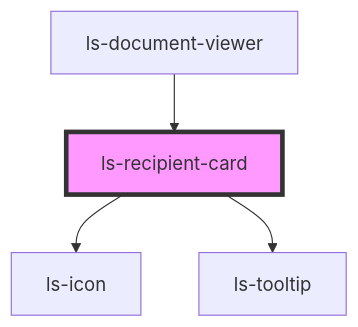
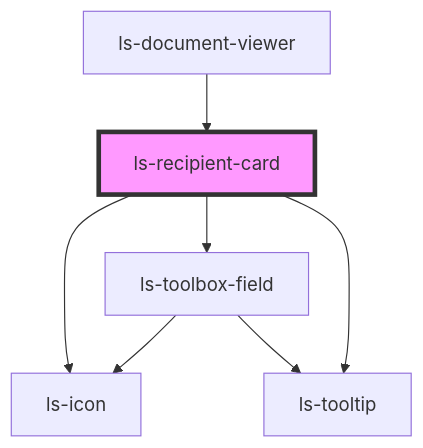
One commit to legalesign/ls-document-viewer changed the diagram in src/components/ls-recipient-card/readme.md. Above: the diagram before and after it, drawn with Mermaid. The commit also changed other lines of this file and 11 other files, not shown here.

````diff
--- a/src/components/ls-recipient-card/readme.md
+++ b/src/components/ls-recipient-card/readme.md
@@ -34,7 +37,10 @@
 ```mermaid
 graph TD;
   ls-recipient-card --> ls-icon
+  ls-recipient-card --> ls-toolbox-field
   ls-recipient-card --> ls-tooltip
+  ls-toolbox-field --> ls-icon
+  ls-toolbox-field --> ls-tooltip
   ls-document-viewer --> ls-recipient-card
   style ls-recipient-card fill:#f9f,stroke:#333,stroke-width:4px
 ```
````
